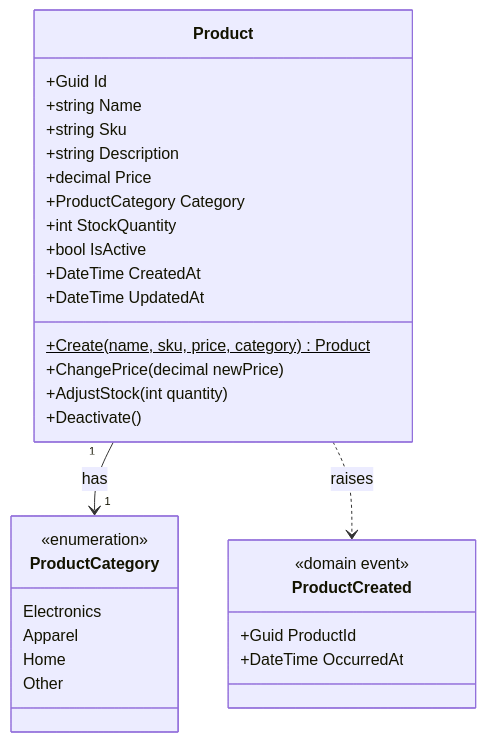
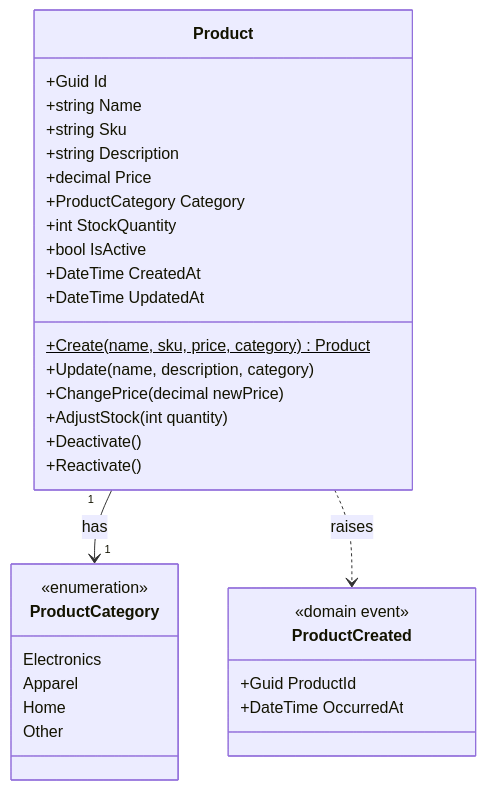
Before and after one commit to grabreu/product-catalog: the diagram in docs/domain-model.md, drawn with Mermaid. The commit also changed other lines of this file and 13 other files, not shown here.

````diff
--- a/docs/domain-model.md
+++ b/docs/domain-model.md
@@ -35,36 +35,38 @@
 ```mermaid
 classDiagram
     class Product {
         +Guid Id
         +string Name
         +string Sku
         +string Description
         +decimal Price
         +ProductCategory Category
         +int StockQuantity
         +bool IsActive
         +DateTime CreatedAt
         +DateTime UpdatedAt
         +Create(name, sku, price, category)$ Product
+        +Update(name, description, category)
         +ChangePrice(decimal newPrice)
         +AdjustStock(int quantity)
         +Deactivate()
+        +Reactivate()
     }
 
     class ProductCategory {
         <<enumeration>>
         Electronics
         Apparel
         Home
         Other
     }
 
     class ProductCreated {
         <<domain event>>
         +Guid ProductId
         +DateTime OccurredAt
     }
 
     Product "1" --> "1" ProductCategory : has
     Product ..> ProductCreated : raises
 ```
````
